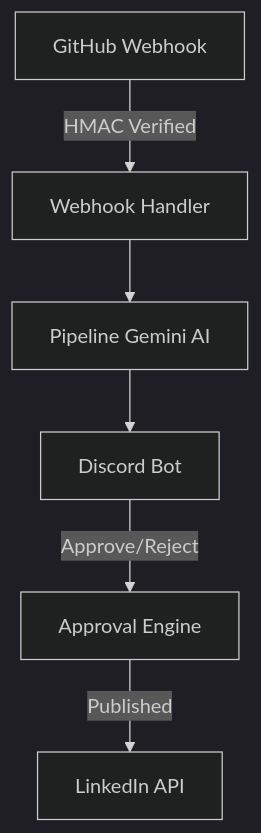
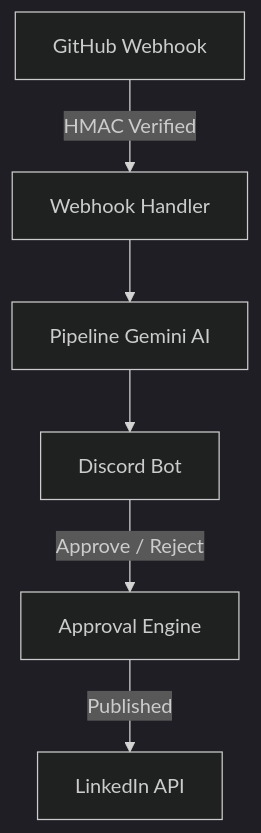
One commit to hawksxo/git-to-feed changed the diagram in README.md. Above: the diagram before and after it, drawn with Mermaid (dark theme).

Commit message:
docs: 📝 fix mermaid diagram rendering syntax in README.md

````diff
--- a/README.md
+++ b/README.md
@@ -68,8 +68,8 @@
 ```mermaid
-graph TD
-    GH["GitHub Webhook"] -->|HMAC Verified| WH["Webhook Handler"]
+flowchart TD
+    GH["GitHub Webhook"] -->|"HMAC Verified"| WH["Webhook Handler"]
     WH --> PIPE["Pipeline Gemini AI"]
     PIPE --> BOT["Discord Bot"]
-    BOT -->|Approve/Reject| APP["Approval Engine"]
-    APP -->|Published| LI["LinkedIn API"]
+    BOT -->|"Approve / Reject"| APP["Approval Engine"]
+    APP -->|"Published"| LI["LinkedIn API"]
 ```
````
